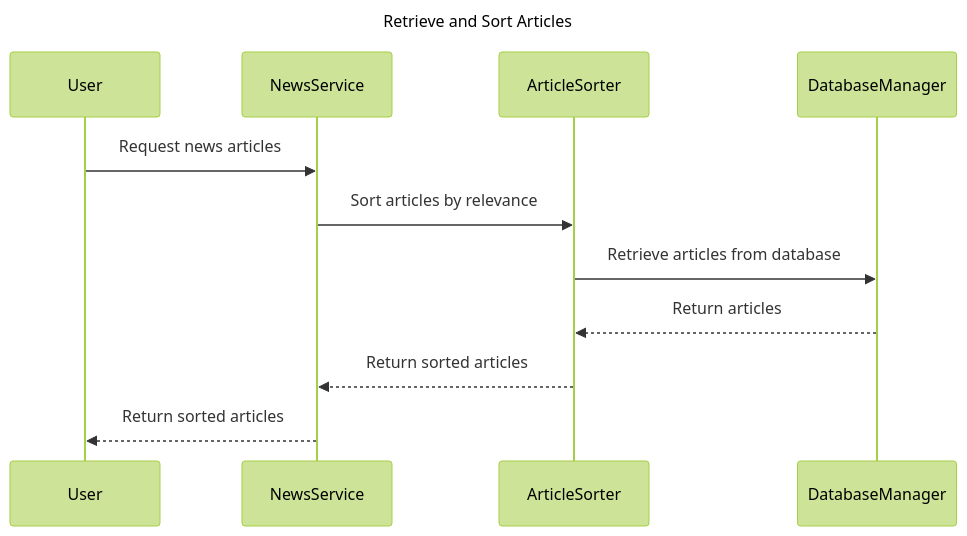
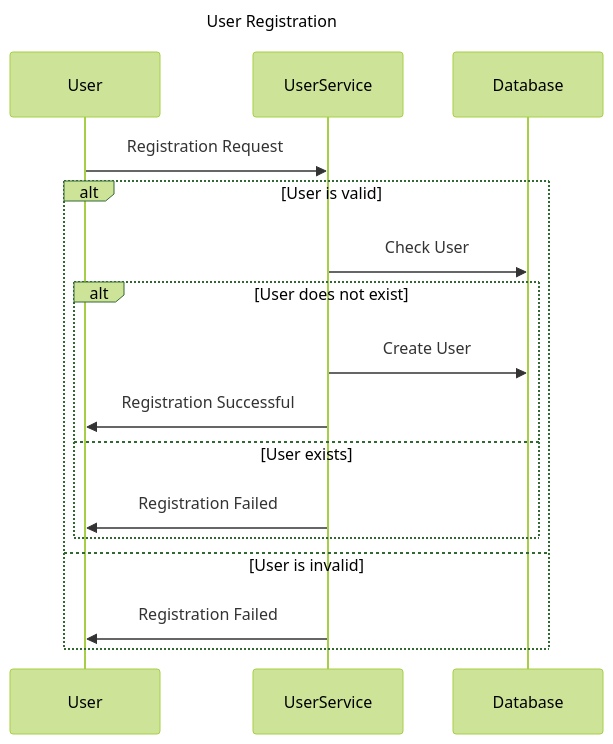
The first of 10 diagrams in src/main/templates/methods/example.md (RichardHightower/docgen), drawn with Mermaid (forest theme) before and after one commit. The commit also changed other lines of this file and 14 other files, not shown here.

````diff
--- a/src/main/templates/methods/example.md
+++ b/src/main/templates/methods/example.md
@@ -30,17 +46,24 @@
 ```mermaid
 ---
-title: Retrieve and Sort Articles
+title: User Registration
 ---
 sequenceDiagram
+
+
     participant User
-    participant NewsService
-    participant ArticleSorter
-    participant DatabaseManager
-    
-    User->>NewsService: Request news articles
-    NewsService->>ArticleSorter: Sort articles by relevance
-    ArticleSorter->>DatabaseManager: Retrieve articles from database
-    DatabaseManager-->>ArticleSorter: Return articles
-    ArticleSorter-->>NewsService: Return sorted articles
-    NewsService-->>User: Return sorted articles
+    participant UserService
+    participant Database
+
+    User->>UserService: Registration Request
+    alt User is valid
+        UserService->>Database: Check User
+        alt User does not exist
+            UserService->>Database: Create User
+            UserService->>User: Registration Successful
+        else User exists
+            UserService->>User: Registration Failed
+        end
+    else User is invalid
+        UserService->>User: Registration Failed
+    end
 ```
````
